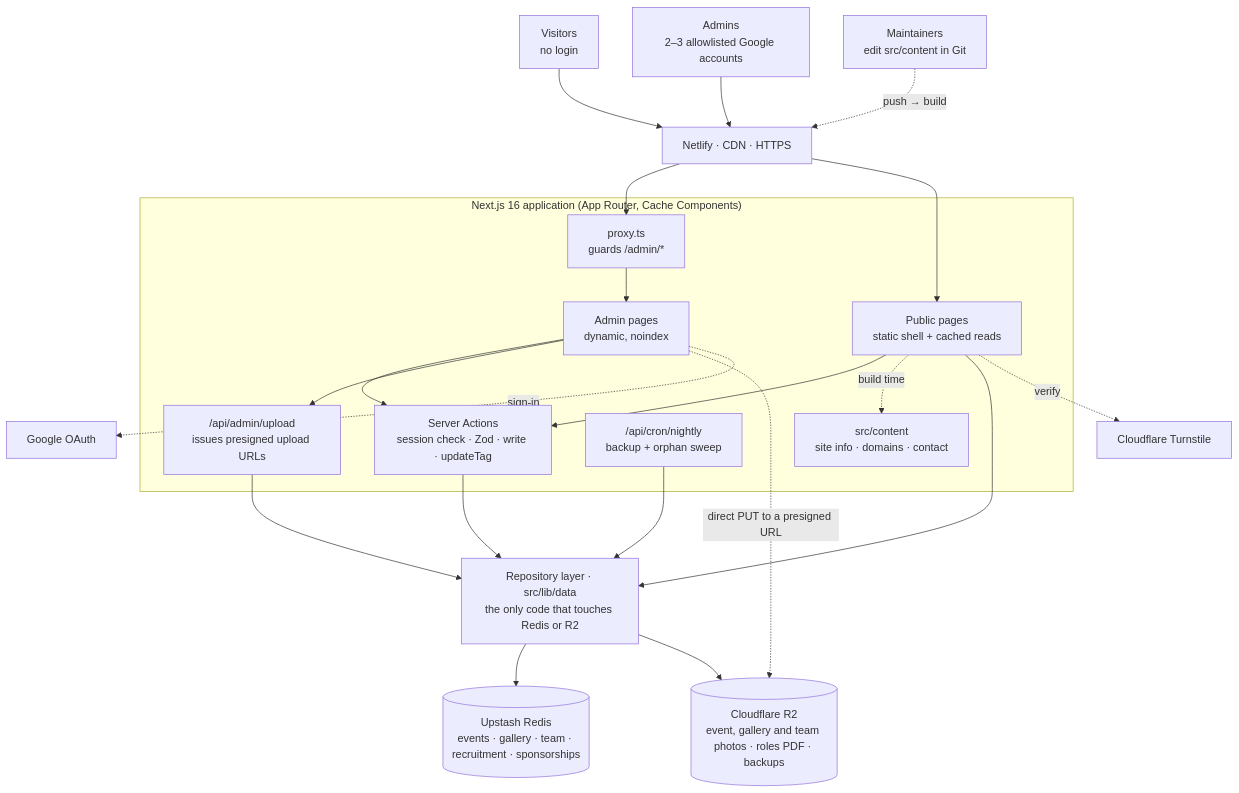
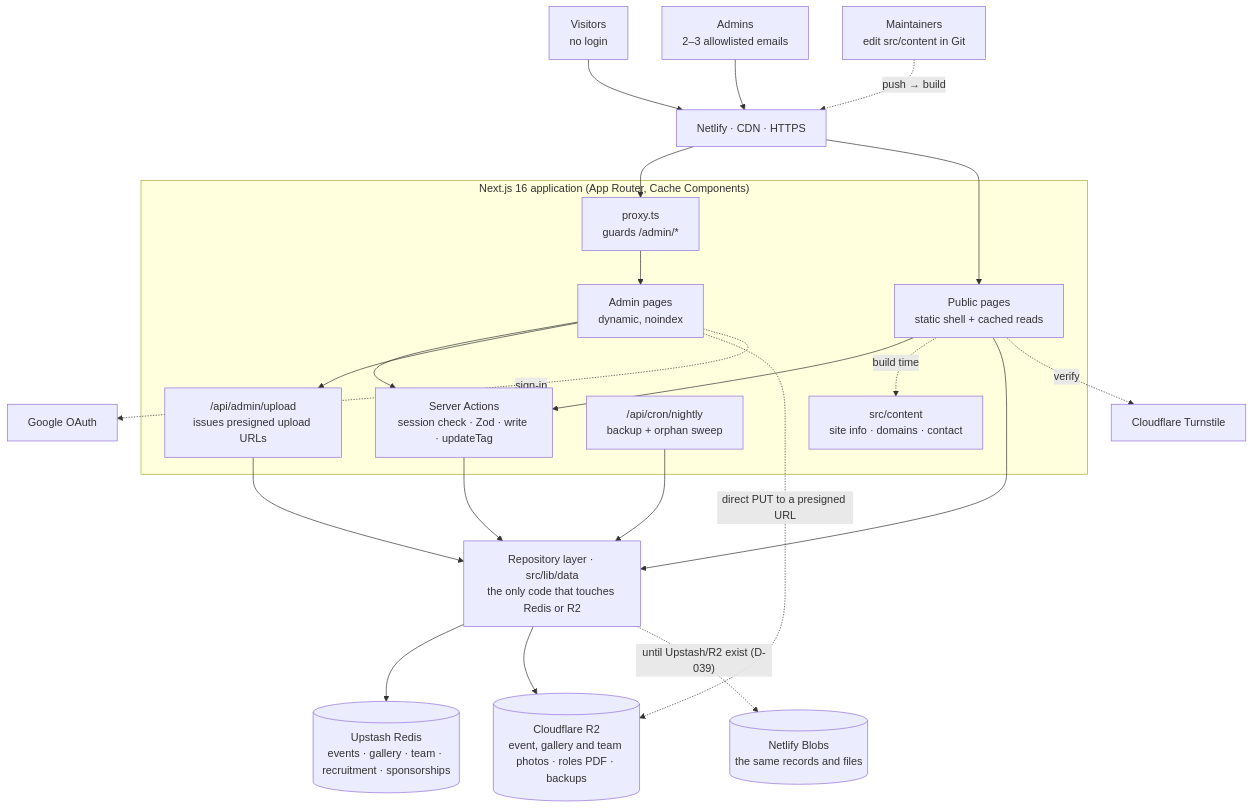
The first of 5 diagrams in docs/ARCHITECTURE.md (THEProgrammingGod69/SIG_Reality_Spectra-ARVR-), drawn with Mermaid before and after one commit. The commit also changed other lines of this file and 12 other files, not shown here.

First line of the commit message:
Docs for D-039: archive gallery, password sign-in, footer admin link, Netlify Blobs

````diff
--- a/docs/ARCHITECTURE.md
+++ b/docs/ARCHITECTURE.md
@@ -42,38 +42,39 @@
 ```mermaid
 flowchart TB
   V["Visitors<br/>no login"] --> EDGE
-  A["Admins<br/>2–3 allowlisted Google accounts"] --> EDGE
+  A["Admins<br/>2–3 allowlisted emails"] --> EDGE
   G["Maintainers<br/>edit src/content in Git"] -. push → build .-> EDGE
 
   EDGE["Netlify · CDN · HTTPS"]
 
   subgraph APP["Next.js 16 application (App Router, Cache Components)"]
     PUB["Public pages<br/>static shell + cached reads"]
     ADM["Admin pages<br/>dynamic, noindex"]
     PROXY["proxy.ts<br/>guards /admin/*"]
     SA["Server Actions<br/>session check · Zod · write · updateTag"]
     UP["/api/admin/upload<br/>issues presigned upload URLs"]
     CRON["/api/cron/nightly<br/>backup + orphan sweep"]
     CONTENT["src/content<br/>site info · domains · contact"]
   end
 
   EDGE --> PROXY --> ADM
   EDGE --> PUB
   ADM --> SA
   ADM --> UP
   PUB --> SA
   PUB -. build time .-> CONTENT
 
   REPO["Repository layer · src/lib/data<br/>the only code that touches Redis or R2"]
   SA --> REPO
   PUB --> REPO
   UP --> REPO
   CRON --> REPO
 
   REPO --> REDIS[("Upstash Redis<br/>events · gallery · team · recruitment · sponsorships")]
   REPO --> R2[("Cloudflare R2<br/>event, gallery and team photos · roles PDF · backups")]
+  REPO -. "until Upstash/R2 exist (D-039)" .-> BLOBS[("Netlify Blobs<br/>the same records and files")]
   ADM -. direct PUT to a presigned URL .-> R2
 
   PUB -. verify .-> TURN["Cloudflare Turnstile"]
   ADM -. sign-in .-> OAUTH["Google OAuth"]
 ```
````
